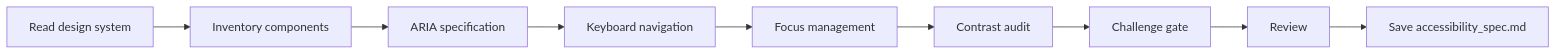
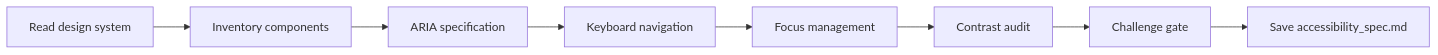
The diagram in skills/ux-accessibility/SKILL.md (ai-driven-dev/framework), drawn with Mermaid before and after one commit. The commit also changed other lines of this file and 32 other files, not shown here.

First line of the commit message:
refactor: simplify agents, enforce template adherence, align flows with courses

````diff
--- a/skills/ux-accessibility/SKILL.md
+++ b/skills/ux-accessibility/SKILL.md
@@ -36,4 +36,4 @@
 ```mermaid
 flowchart LR
-    A[Read design system] --> B[Inventory components] --> C[ARIA specification] --> D[Keyboard navigation] --> E[Focus management] --> F[Contrast audit] --> G[Challenge gate] --> H[Review] --> I[Save accessibility_spec.md]
+    A[Read design system] --> B[Inventory components] --> C[ARIA specification] --> D[Keyboard navigation] --> E[Focus management] --> F[Contrast audit] --> G[Challenge gate] --> H[Save accessibility_spec.md]
 ```
````
